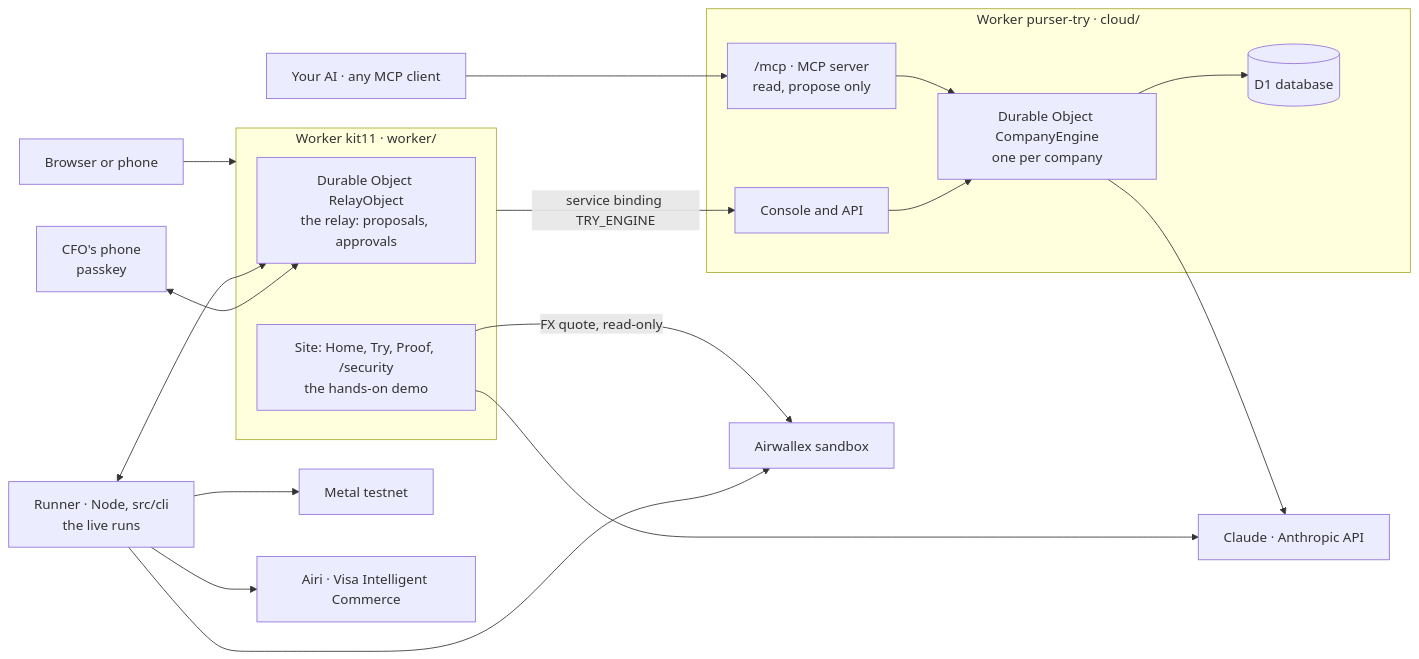
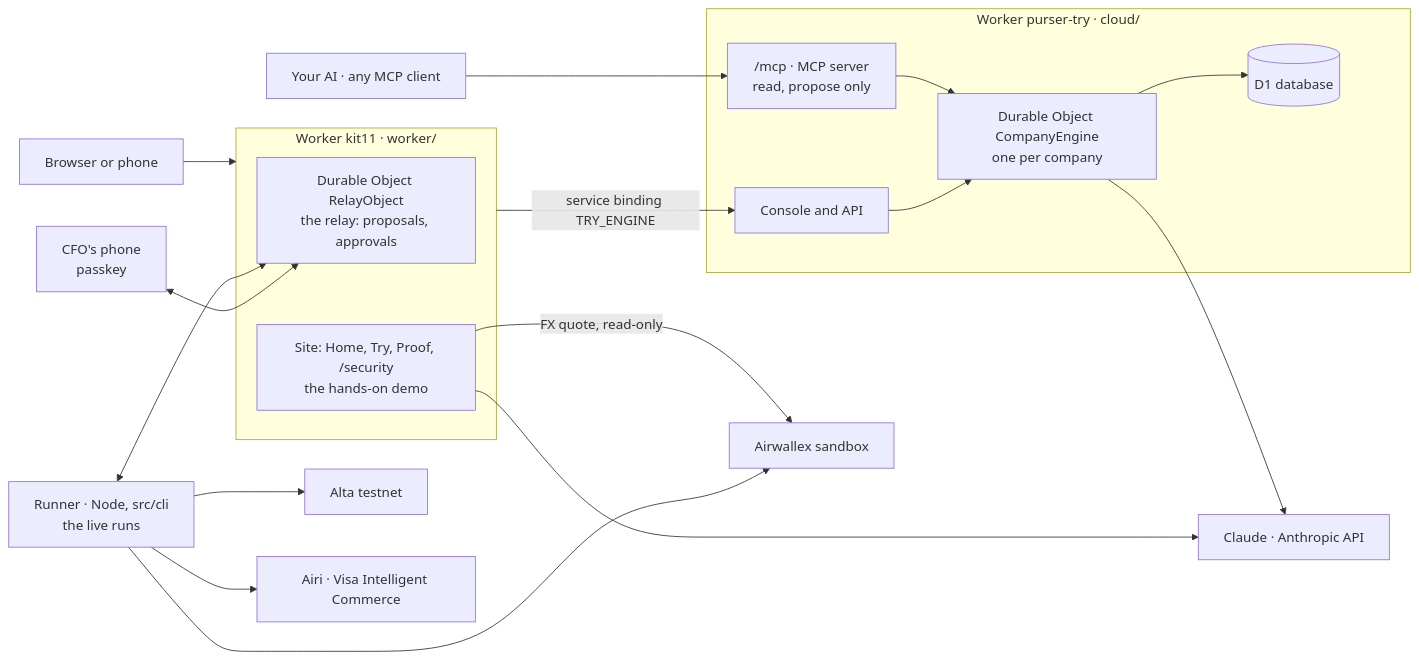
The fifth of 5 diagrams in docs/diagrams.md (agamemnon-coder/x402-business-agents), drawn with Mermaid before and after one commit. The commit also changed other lines of this file and 270 other files, not shown here.

First line of the commit message:
Metal is now Alta: the site, Cloud, README and form say Alta; /alta serves /metal's page (#314)

````diff
--- a/docs/diagrams.md
+++ b/docs/diagrams.md
@@ -103,22 +103,22 @@
 ```mermaid
 flowchart LR
   U["Browser or phone"] --> K
   F["CFO's phone<br/>passkey"] <--> RO
   subgraph K["Worker kit11 · worker/"]
     S["Site: Home, Try, Proof, /security<br/>the hands-on demo"]
     RO["Durable Object RelayObject<br/>the relay: proposals, approvals"]
   end
   RN["Runner · Node, src/cli<br/>the live runs"] <--> RO
   K -- "service binding TRY_ENGINE" --> API
   subgraph C["Worker purser-try · cloud/"]
     API["Console and API"]
     MCP["/mcp · MCP server<br/>read, propose only"]
     E["Durable Object CompanyEngine<br/>one per company"]
     D[("D1 database")]
   end
   AI["Your AI · any MCP client"] --> MCP
   API & MCP --> E --> D
-  RN --> AW["Airwallex sandbox"] & M["Metal testnet"] & V["Airi · Visa Intelligent Commerce"]
+  RN --> AW["Airwallex sandbox"] & M["Alta testnet"] & V["Airi · Visa Intelligent Commerce"]
   S -- "FX quote, read-only" --> AW
   S & E --> CL["Claude · Anthropic API"]
 ```
````
